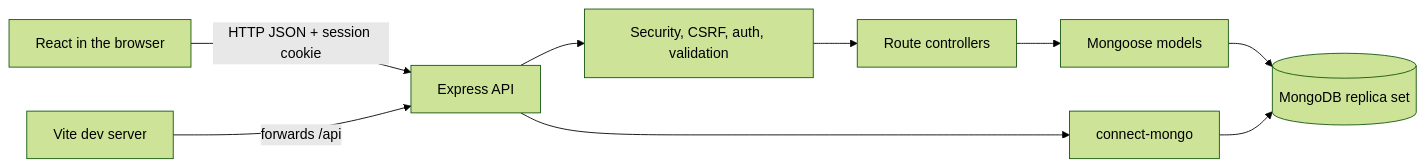
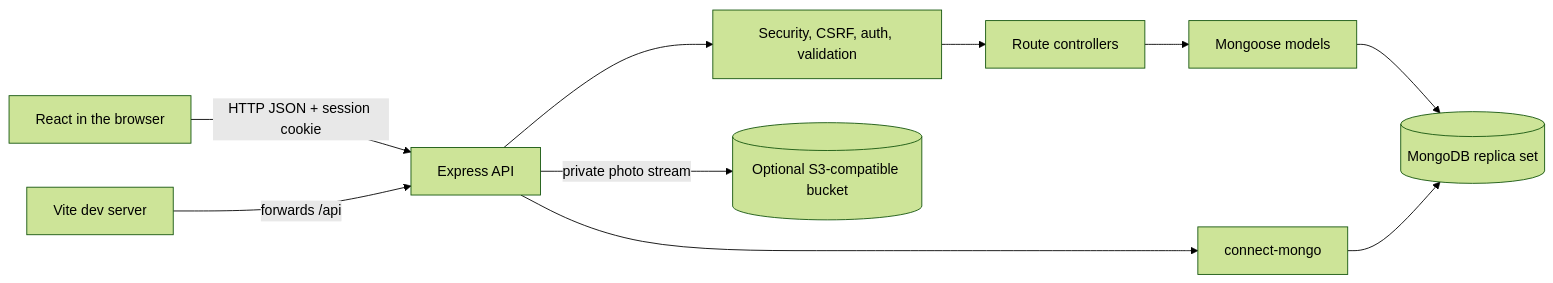
The diagram in docs/LEARNING_GUIDE.md (Praneeth-236/Laundry-Management-System), drawn with Mermaid (forest theme) before and after one commit. The commit also changed other lines of this file and 15 other files, not shown here.

Commit message:
Add private object storage for laundry photos

````diff
--- a/docs/LEARNING_GUIDE.md
+++ b/docs/LEARNING_GUIDE.md
@@ -7,11 +7,12 @@
 ```mermaid
 flowchart LR
     Browser[React in the browser] -->|HTTP JSON + session cookie| Express[Express API]
     Express --> Middleware[Security, CSRF, auth, validation]
     Middleware --> Controllers[Route controllers]
     Controllers --> Models[Mongoose models]
     Models --> Mongo[(MongoDB replica set)]
     Express --> SessionStore[connect-mongo]
     SessionStore --> Mongo
+    Express -->|private photo stream| ObjectStore[(Optional S3-compatible bucket)]
     Vite[Vite dev server] -->|forwards /api| Express
 ```
````
